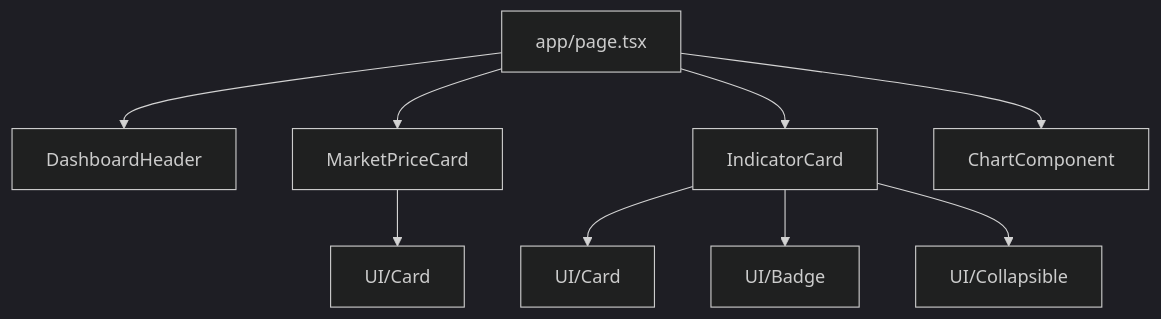
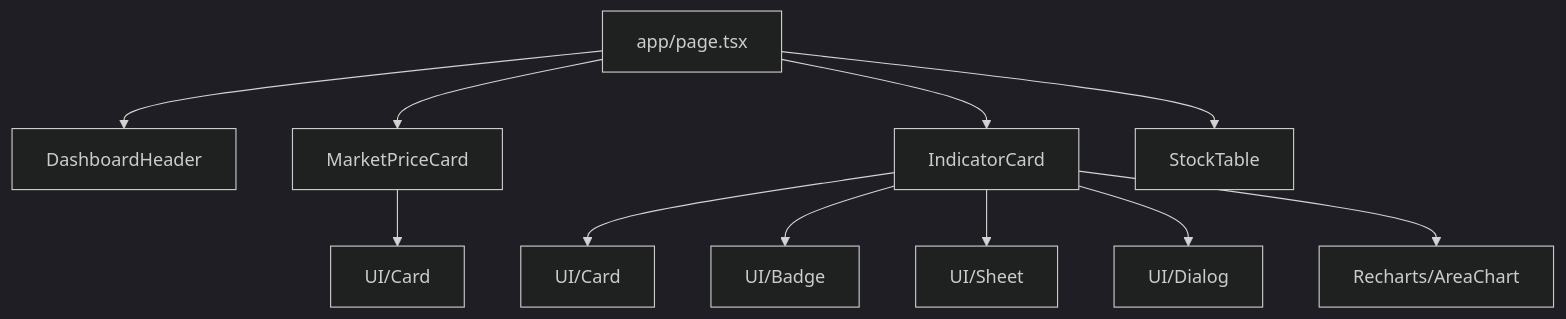
Before and after one commit to devinrtnu/market-sidekick: the first of 3 diagrams in memory-bank/systemPatterns.md, drawn with Mermaid (dark theme). The commit also changed other lines of this file and 9 other files, not shown here.

````diff
--- a/memory-bank/systemPatterns.md
+++ b/memory-bank/systemPatterns.md
@@ -139,11 +147,13 @@
 ```mermaid
 graph TD
     A[app/page.tsx] --> B[DashboardHeader]
     A --> C[MarketPriceCard]
     A --> D[IndicatorCard]
-    A --> E[ChartComponent]
+    A --> E[StockTable]
     C --> C1[UI/Card]
     D --> D1[UI/Card]
     D --> D2[UI/Badge]
-    D --> D3[UI/Collapsible]
+    D --> D3[UI/Sheet]
+    D --> D4[UI/Dialog]
+    D --> D5[Recharts/AreaChart]
 ```
````
